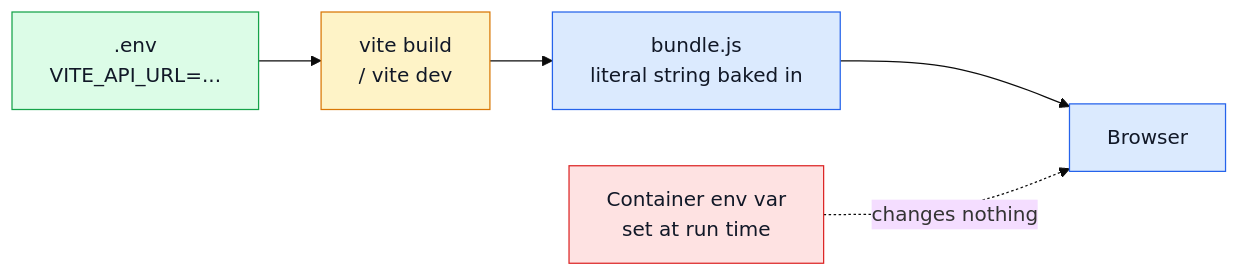
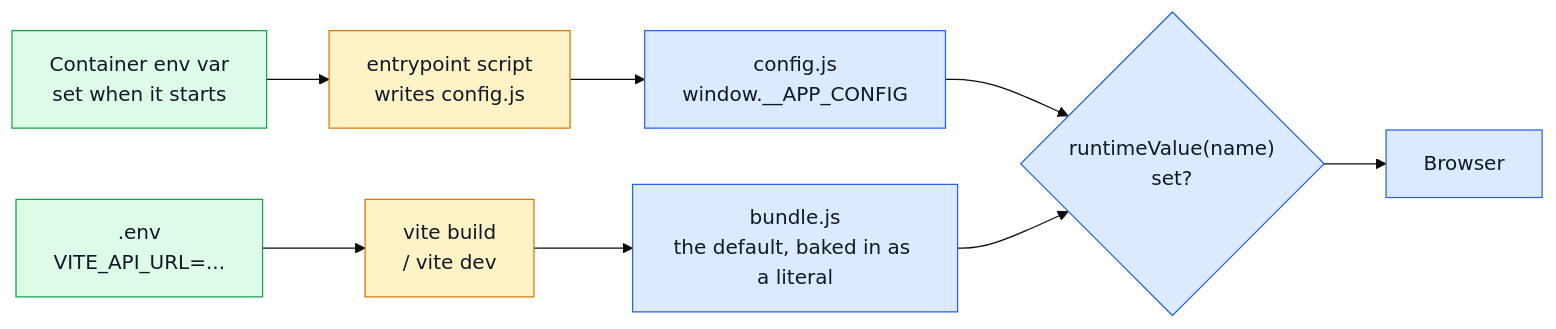
The diagram in docs/tools/environment.md (Guebbit/boilerplate-vue-frontend), drawn with Mermaid (base theme) before and after one commit. The commit also changed other lines of this file and 2 other files, not shown here.

First line of the commit message:
docs(environment): describe config.js, runtimeValue, the whitelist and what stays build-time

````diff
--- a/docs/tools/environment.md
+++ b/docs/tools/environment.md
@@ -8,17 +11,18 @@
 ```mermaid
 %%{init: {'flowchart': {'nodeSpacing': 45, 'rankSpacing': 50}}}%%
 flowchart LR
     ENV[".env<br/>VITE_API_URL=..."] --> VITE["vite build<br/>/ vite dev"]
-    VITE --> BUNDLE["bundle.js<br/>literal string baked in"]
-    BUNDLE --> BROWSER["Browser"]
-    RUNTIME["Container env var<br/>set at run time"] -.->|"changes nothing"| BROWSER
+    VITE --> BUNDLE["bundle.js<br/>the default, baked in as a literal"]
+    CONTAINER["Container env var<br/>set when it starts"] --> ENTRY["entrypoint script<br/>writes config.js"]
+    ENTRY --> CONFIG["config.js<br/>window.__APP_CONFIG"]
+    CONFIG --> READ{"runtimeValue(name)<br/>set?"}
+    BUNDLE --> READ
+    READ --> BROWSER["Browser"]
 
     classDef src fill:#dcfce7,stroke:#16a34a,color:#111827;
     classDef build fill:#fef3c7,stroke:#d97706,color:#111827;
     classDef out fill:#dbeafe,stroke:#2563eb,color:#111827;
-    classDef dead fill:#fee2e2,stroke:#dc2626,color:#111827;
-    class ENV src;
-    class VITE build;
-    class BUNDLE,BROWSER out;
-    class RUNTIME dead;
+    class ENV,CONTAINER src;
+    class VITE,ENTRY build;
+    class BUNDLE,CONFIG,READ,BROWSER out;
 ```
````
